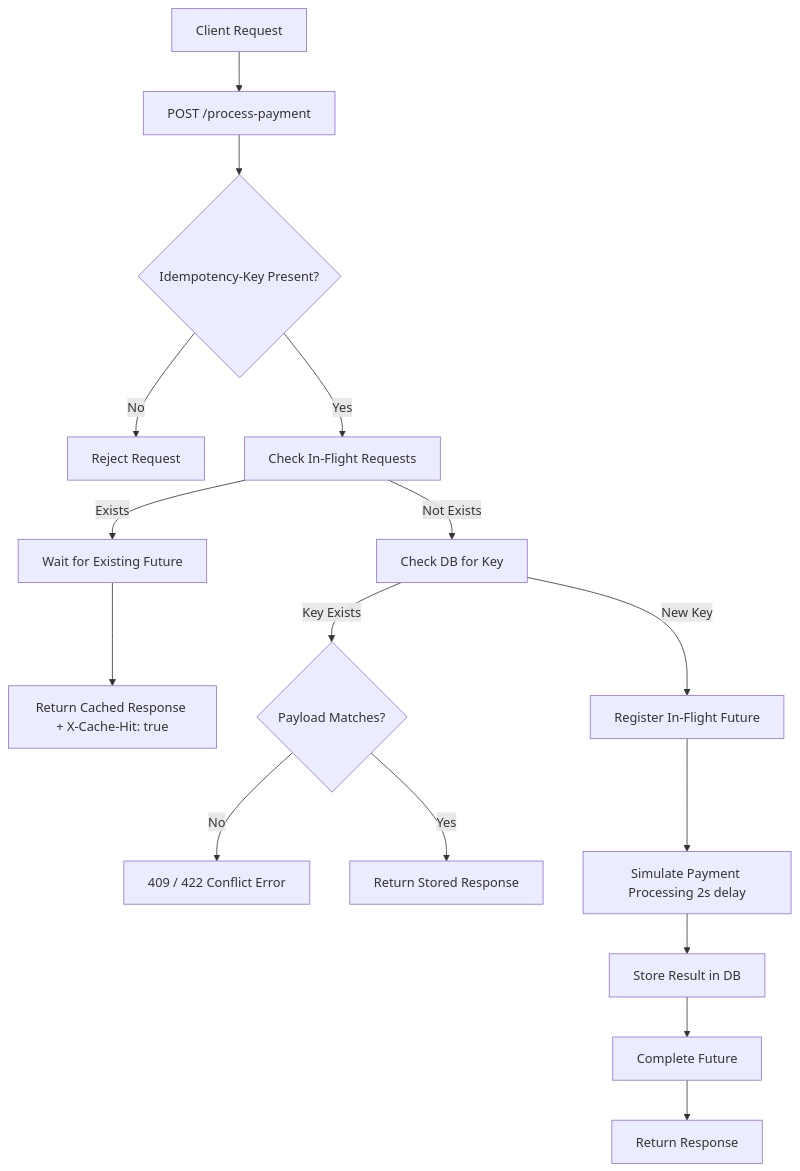
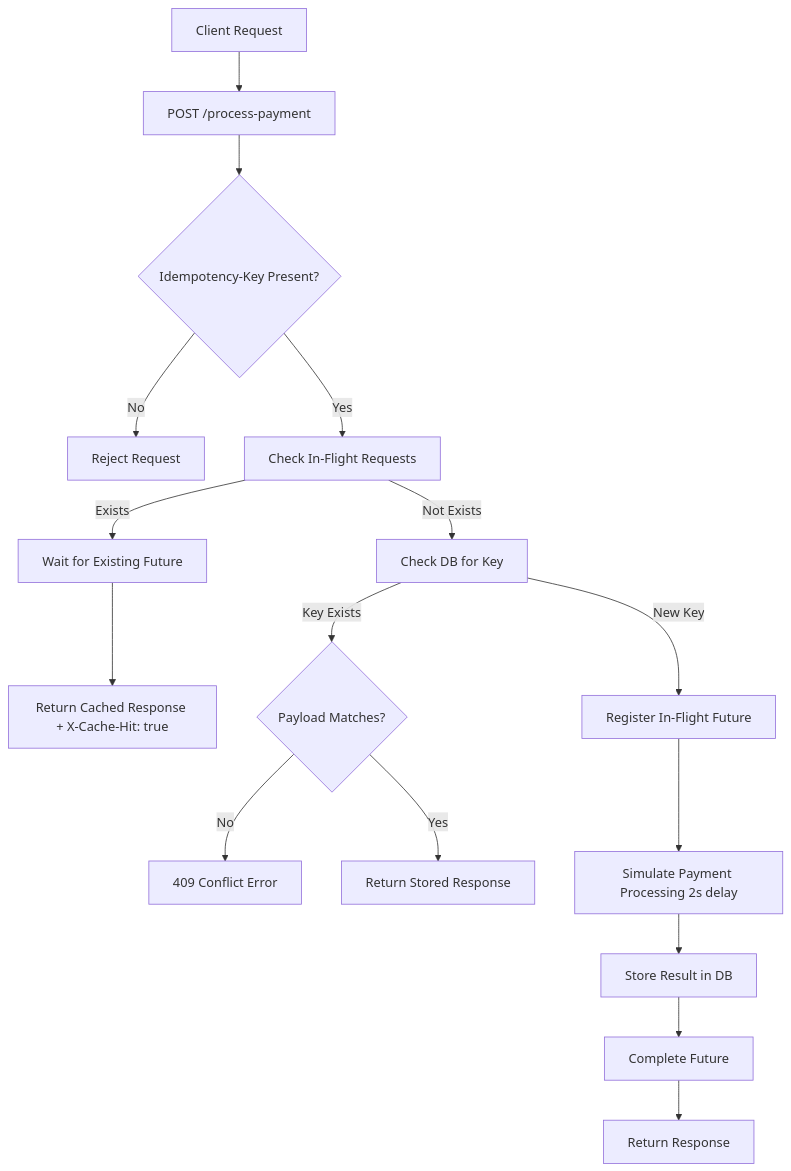
Before and after one commit to Byologi/Idempotency-Gateway: the diagram in README.md, drawn with Mermaid. The commit also changed other lines of this file and 2 other files, not shown here.

````diff
--- a/README.md
+++ b/README.md
@@ -28,18 +21,18 @@
 ```mermaid
 flowchart TD
     A[Client Request] --> B[POST /process-payment]
     B --> C{Idempotency-Key Present?}
     C -->|No| X[Reject Request]
     C -->|Yes| D[Check In-Flight Requests]
     D -->|Exists| E[Wait for Existing Future]
     E --> F[Return Cached Response + X-Cache-Hit: true]
     D -->|Not Exists| G[Check DB for Key]
     G -->|Key Exists| H{Payload Matches?}
-    H -->|No| I[409 / 422 Conflict Error]
+    H -->|No| I[409 Conflict Error]
     H -->|Yes| J[Return Stored Response]
     G -->|New Key| K[Register In-Flight Future]
     K --> L[Simulate Payment Processing 2s delay]
     L --> M[Store Result in DB]
     M --> N[Complete Future]
     N --> O[Return Response]
 ```
````
